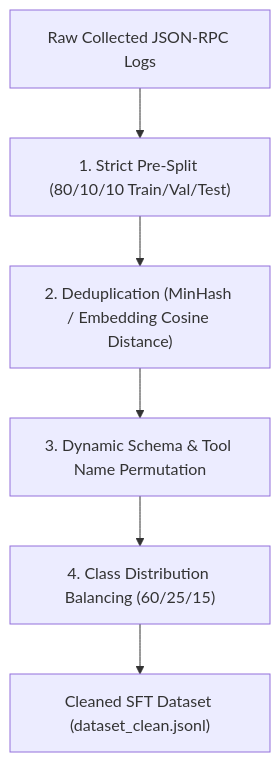
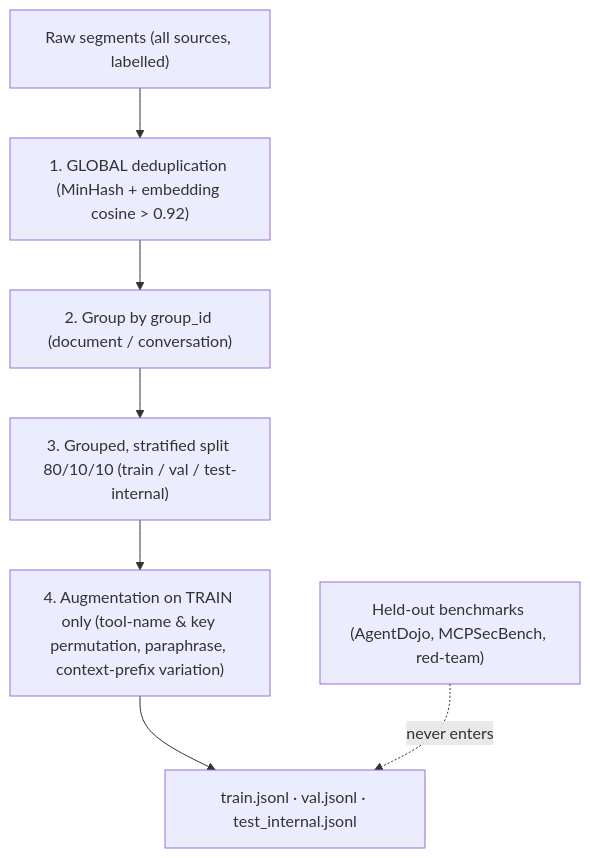
One commit to rishikeshvarma/MCP-Shield changed the diagram in 03 - Fine-Tuning & Dataset Strategy.md. Above: the diagram before and after it, drawn with Mermaid. The commit also changed other lines of this file and 10 other files, not shown here.

````diff
--- a/03 - Fine-Tuning & Dataset Strategy.md
+++ b/03 - Fine-Tuning & Dataset Strategy.md
@@ -103,8 +99,9 @@
 ```mermaid
 graph TD
-    RawData["Raw Collected JSON-RPC Logs"] --> Splitting["1. Strict Pre-Split (80/10/10 Train/Val/Test)"]
-    Splitting --> Dedup["2. Deduplication (MinHash / Embedding Cosine Distance)"]
-    Dedup --> Permute["3. Dynamic Schema & Tool Name Permutation"]
-    Permute --> Balance["4. Class Distribution Balancing (60/25/15)"]
-    Balance --> CleanDataset["Cleaned SFT Dataset (dataset_clean.jsonl)"]
+    Raw["Raw segments (all sources, labelled)"] --> Dedup["1. GLOBAL deduplication (MinHash + embedding cosine > 0.92)"]
+    Dedup --> Group["2. Group by group_id (document / conversation)"]
+    Group --> Split["3. Grouped, stratified split 80/10/10 (train / val / test-internal)"]
+    Split --> Aug["4. Augmentation on TRAIN only (tool-name & key permutation, paraphrase, context-prefix variation)"]
+    Aug --> Clean["train.jsonl · val.jsonl · test_internal.jsonl"]
+    Held["Held-out benchmarks (AgentDojo, MCPSecBench, red-team)"] -.->|"never enters"| Clean
 ```
````
